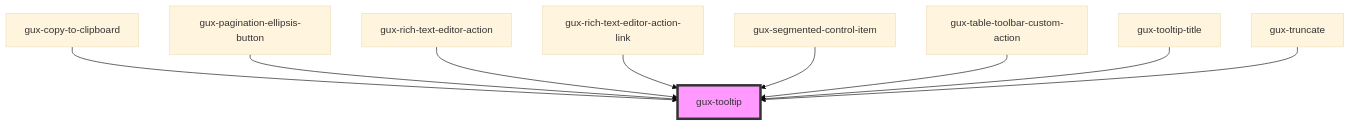
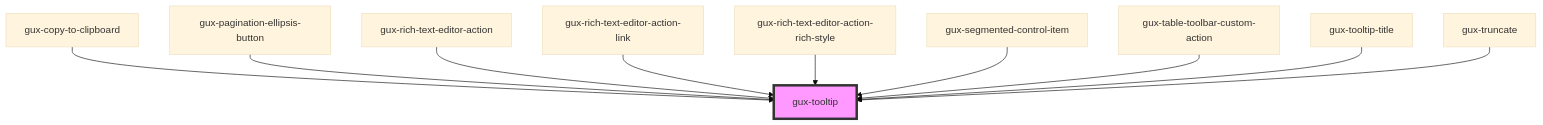
One commit to MuthuEshwara-Manian/genesys-spark changed the diagram in packages/genesys-spark-components/src/components/stable/gux-tooltip/readme.md. Above: the diagram before and after it, drawn with Mermaid (base theme). The commit also changed other lines of this file and 16 other files, not shown here.

First line of the commit message:
perf(rich-text-editor): addition of rich-style dropdown

````diff
--- a/packages/genesys-spark-components/src/components/stable/gux-tooltip/readme.md
+++ b/packages/genesys-spark-components/src/components/stable/gux-tooltip/readme.md
@@ -79,12 +80,13 @@
 ```mermaid
 graph TD;
   gux-copy-to-clipboard --> gux-tooltip
   gux-pagination-ellipsis-button --> gux-tooltip
   gux-rich-text-editor-action --> gux-tooltip
   gux-rich-text-editor-action-link --> gux-tooltip
+  gux-rich-text-editor-action-rich-style --> gux-tooltip
   gux-segmented-control-item --> gux-tooltip
   gux-table-toolbar-custom-action --> gux-tooltip
   gux-tooltip-title --> gux-tooltip
   gux-truncate --> gux-tooltip
   style gux-tooltip fill:#f9f,stroke:#333,stroke-width:4px
 ```
````
